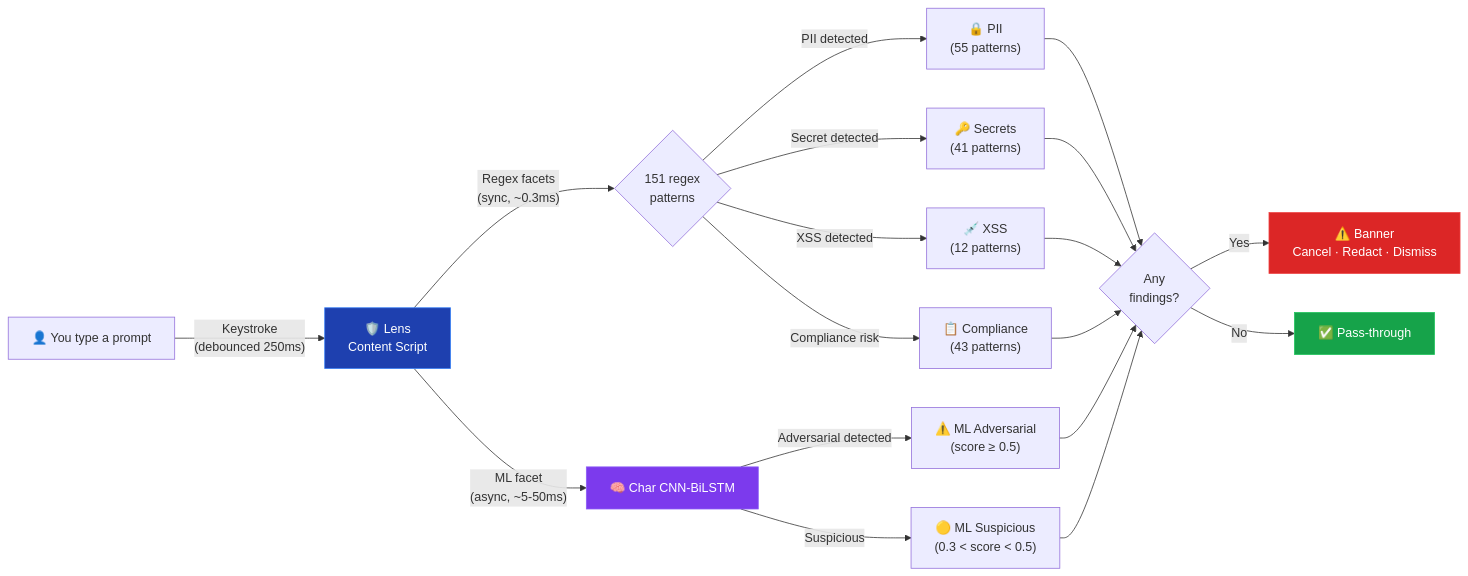
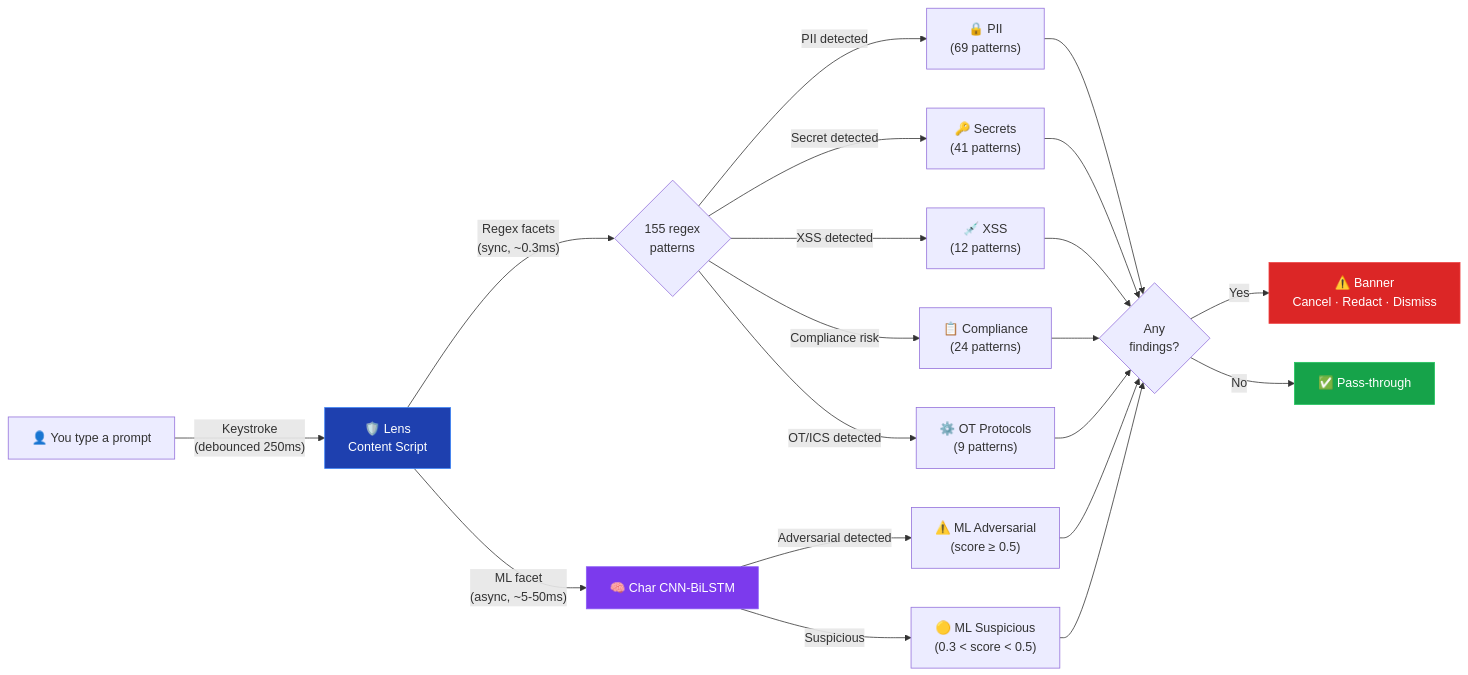
Before and after one commit to aegisgatesecurity/aegisgate-lens: the diagram in README.md, drawn with Mermaid. The commit also changed other lines of this file and 10 other files, not shown here.

````diff
--- a/README.md
+++ b/README.md
@@ -60,22 +67,23 @@
 ```mermaid
 flowchart LR
     User["👤 You type a prompt"] -->|"Keystroke<br/>(debounced 250ms)"| Lens["🛡️ Lens<br/>Content Script"]
-    Lens -->|"Regex facets<br/>(sync, ~0.3ms)"| Regex{"151 regex<br/>patterns"}
+    Lens -->|"Regex facets<br/>(sync, ~0.3ms)"| Regex{"155 regex<br/>patterns"}
     Lens -->|"ML facet<br/>(async, ~5-50ms)"| ML["🧠 Char CNN-BiLSTM"]
 
-    Regex -->|"PII detected"| PII["🔒 PII<br/>(55 patterns)"]
+    Regex -->|"PII detected"| PII["🔒 PII<br/>(69 patterns)"]
     Regex -->|"Secret detected"| Secret["🔑 Secrets<br/>(41 patterns)"]
     Regex -->|"XSS detected"| XSS["💉 XSS<br/>(12 patterns)"]
-    Regex -->|"Compliance risk"| Comp["📋 Compliance<br/>(43 patterns)"]
+    Regex -->|"Compliance risk"| Comp["📋 Compliance<br/>(24 patterns)"]
+    Regex -->|"OT/ICS detected"| OT["⚙️ OT Protocols<br/>(9 patterns)"]
     ML -->|"Adversarial detected"| Adv["⚠️ ML Adversarial<br/>(score ≥ 0.5)"]
     ML -->|"Suspicious"| Sus["🟡 ML Suspicious<br/>(0.3 < score < 0.5)"]
 
-    PII & Secret & XSS & Comp & Adv & Sus --> Decision{"Any<br/>findings?"}
+    PII & Secret & XSS & Comp & OT & Adv & Sus --> Decision{"Any<br/>findings?"}
     Decision -->|"Yes"| Banner["⚠️ Banner<br/>Cancel · Redact · Dismiss"]
     Decision -->|"No"| Pass["✅ Pass-through"]
 
     style Lens fill:#1e40af,stroke:#3b82f6,color:#fff
     style ML fill:#7c3aed,stroke:#8b5cf6,color:#fff
     style Banner fill:#dc2626,stroke:#ef4444,color:#fff
     style Pass fill:#16a34a,stroke:#22c55e,color:#fff
 ```
````
